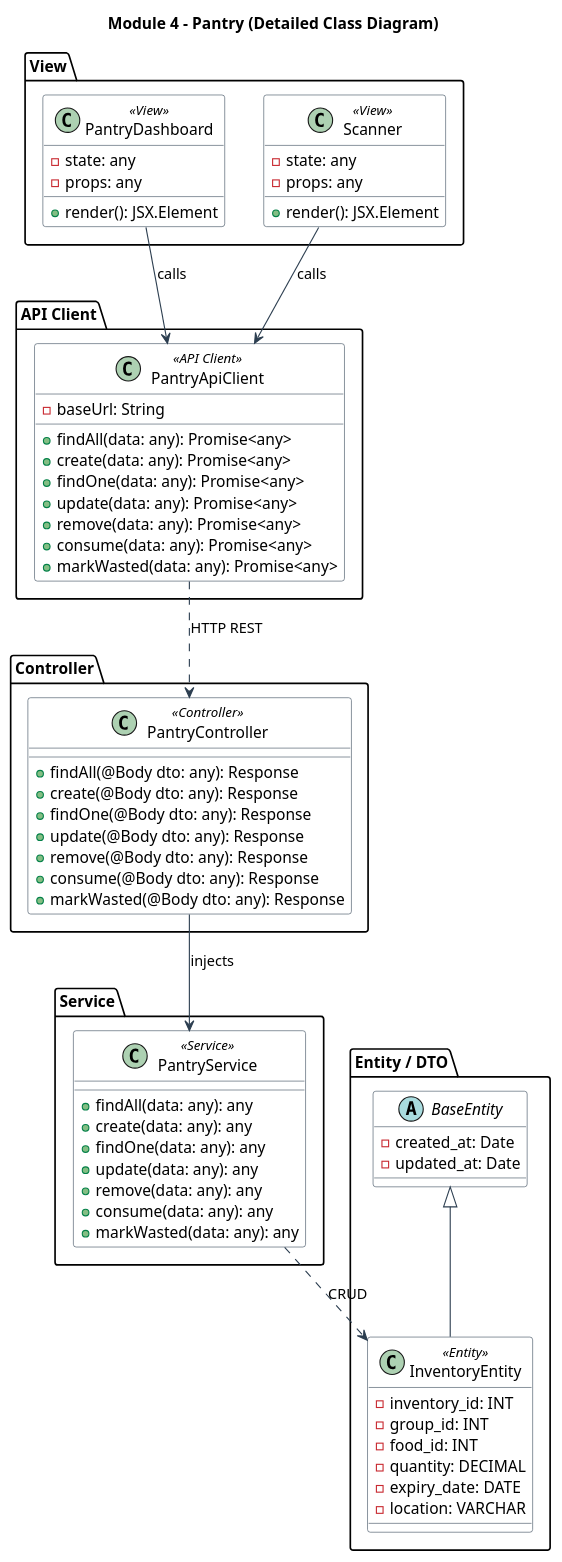
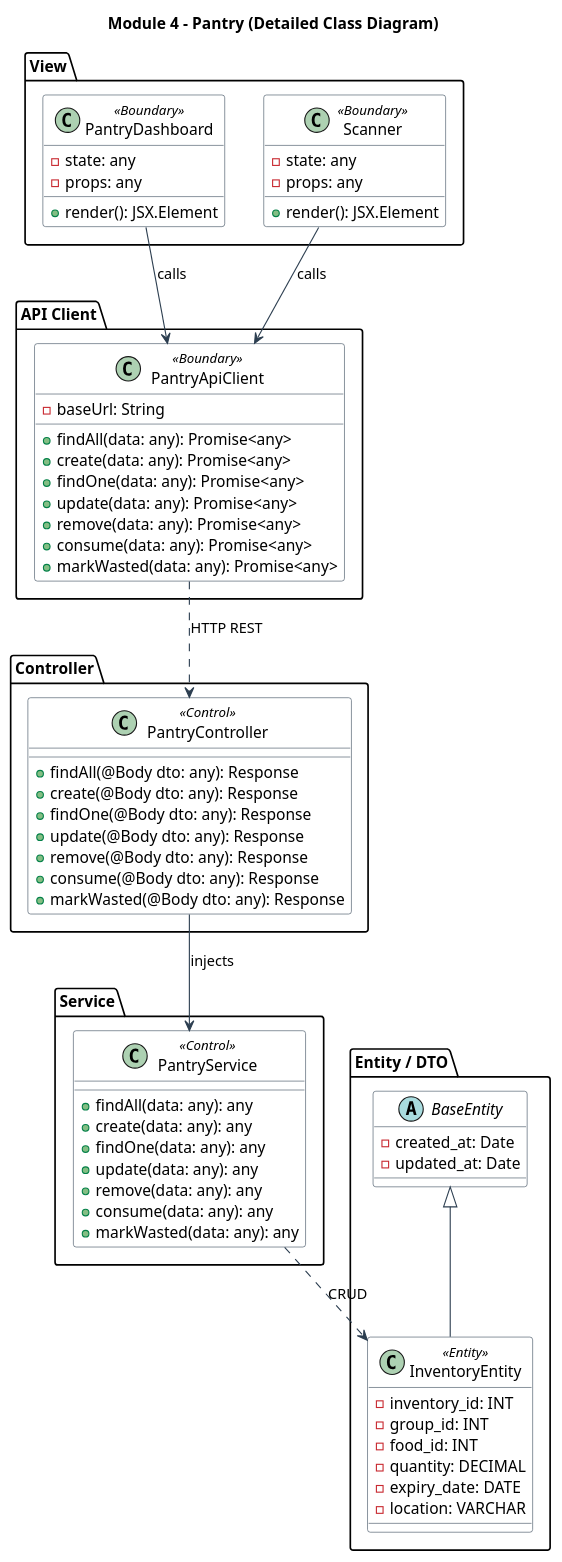
The diagram in DetailedDesign/ClassDesign/ClassDiagram/Module_4_Pantry_Detailed_Class_Diagram.puml (Alt2210/NaviMart), drawn with PlantUML before and after one commit. The commit also changed 75 other files, not shown here.

```diff
--- a/DetailedDesign/ClassDesign/ClassDiagram/Module_4_Pantry_Detailed_Class_Diagram.puml
+++ b/DetailedDesign/ClassDesign/ClassDiagram/Module_4_Pantry_Detailed_Class_Diagram.puml
@@ -1,83 +1,83 @@
 @startuml
 title Module 4 - Pantry (Detailed Class Diagram)
 
 skinparam class {
     BackgroundColor White
     ArrowColor #2C3E50
     BorderColor #2C3E50
 }
 
 package "View" {
-    class PantryDashboard <<View>> {
+    class PantryDashboard <<Boundary>> {
         - state: any
         - props: any
         + render(): JSX.Element
     }
-    class Scanner <<View>> {
+    class Scanner <<Boundary>> {
         - state: any
         - props: any
         + render(): JSX.Element
     }
 }
 
 package "API Client" {
-    class PantryApiClient <<API Client>> {
+    class PantryApiClient <<Boundary>> {
         - baseUrl: String
         + findAll(data: any): Promise<any>
         + create(data: any): Promise<any>
         + findOne(data: any): Promise<any>
         + update(data: any): Promise<any>
         + remove(data: any): Promise<any>
         + consume(data: any): Promise<any>
         + markWasted(data: any): Promise<any>
     }
 }
 
 package "Controller" {
-    class PantryController <<Controller>> {
+    class PantryController <<Control>> {
         + findAll(@Body dto: any): Response
         + create(@Body dto: any): Response
         + findOne(@Body dto: any): Response
         + update(@Body dto: any): Response
         + remove(@Body dto: any): Response
         + consume(@Body dto: any): Response
         + markWasted(@Body dto: any): Response
     }
 }
 
 package "Service" {
-    class PantryService <<Service>> {
+    class PantryService <<Control>> {
         + findAll(data: any): any
         + create(data: any): any
         + findOne(data: any): any
         + update(data: any): any
         + remove(data: any): any
         + consume(data: any): any
         + markWasted(data: any): any
     }
 }
 
 package "Entity / DTO" {
     abstract class BaseEntity {
         - created_at: Date
         - updated_at: Date
     }
     class InventoryEntity <<Entity>> {
         - inventory_id: INT
         - group_id: INT
         - food_id: INT
         - quantity: DECIMAL
         - expiry_date: DATE
         - location: VARCHAR
     }
     BaseEntity <|-- InventoryEntity
 }
 
 ' --- Relationships ---
 PantryDashboard --> PantryApiClient : "calls"
 Scanner --> PantryApiClient : "calls"
 PantryApiClient ..> PantryController : "HTTP REST"
 PantryController --> PantryService : "injects"
 PantryService ..> InventoryEntity : "CRUD"
 
 @enduml
```
